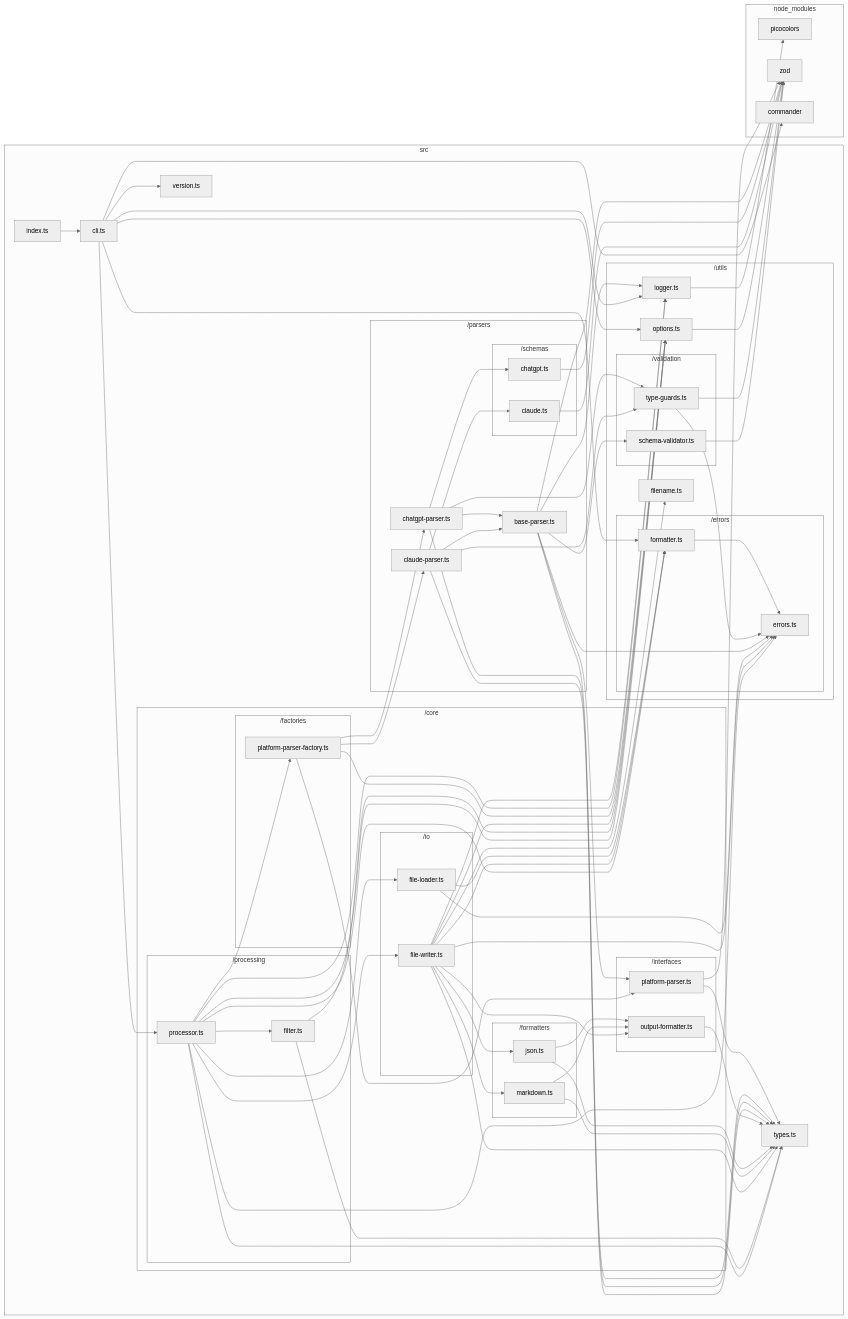
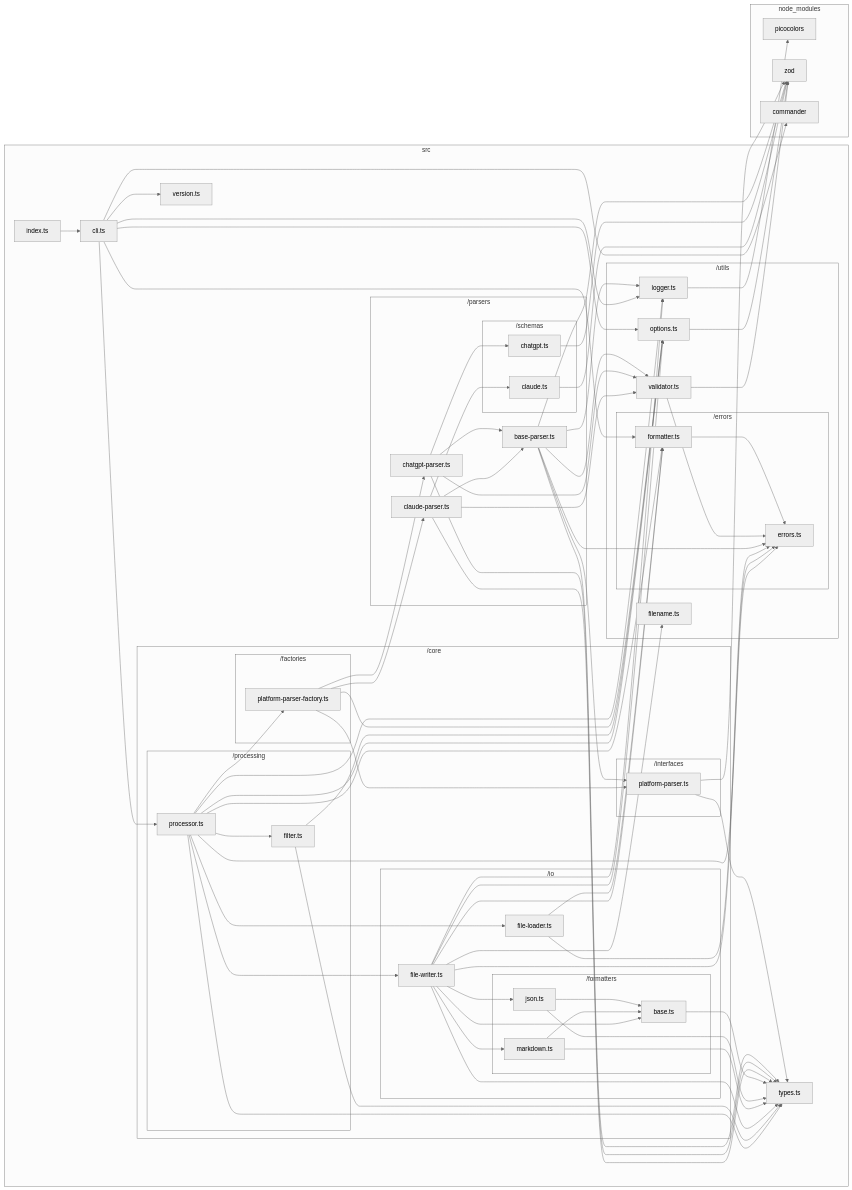
Before and after one commit to sugurutakahashi-1234/ai-chat-md-export: the diagram in docs/dependency-graphs/typescript-graph.md, drawn with Mermaid (neutral theme). The commit also changed 14 other files, not shown here.

First line of the commit message:
refactor: reorganize validation utilities and remove unused type guards

```diff
--- a/docs/dependency-graphs/typescript-graph.md
+++ b/docs/dependency-graphs/typescript-graph.md
@@ -14,20 +14,16 @@
         subgraph src/utils["/utils"]
             src/utils/logger.ts["logger.ts"]
             src/utils/options.ts["options.ts"]
+            src/utils/validator.ts["validator.ts"]
             src/utils/filename.ts["filename.ts"]
             subgraph src/utils/errors["/errors"]
                 src/utils/errors/errors.ts["errors.ts"]
                 src/utils/errors/formatter.ts["formatter.ts"]
             end
-            subgraph src/utils/validation["/validation"]
-                src/utils/validation/type//guards.ts["type-guards.ts"]
-                src/utils/validation/schema//validator.ts["schema-validator.ts"]
-            end
         end
         subgraph src/core["/core"]
             subgraph src/core/interfaces["/interfaces"]
                 src/core/interfaces/platform//parser.ts["platform-parser.ts"]
-                src/core/interfaces/output//formatter.ts["output-formatter.ts"]
             end
             subgraph src/core/factories["/factories"]
                 src/core/factories/platform//parser//factory.ts["platform-parser-factory.ts"]
@@ -35,10 +31,11 @@
             subgraph src/core/io["/io"]
                 src/core/io/file//loader.ts["file-loader.ts"]
                 src/core/io/file//writer.ts["file-writer.ts"]
-            end
-            subgraph src/core/formatters["/formatters"]
-                src/core/formatters/json.ts["json.ts"]
-                src/core/formatters/markdown.ts["markdown.ts"]
+                subgraph src/core/io/formatters["/formatters"]
+                    src/core/io/formatters/base.ts["base.ts"]
+                    src/core/io/formatters/json.ts["json.ts"]
+                    src/core/io/formatters/markdown.ts["markdown.ts"]
+                end
             end
             subgraph src/core/processing["/processing"]
                 src/core/processing/filter.ts["filter.ts"]
@@ -63,25 +60,24 @@
     src/utils/errors/formatter.ts-->src/utils/errors/errors.ts
     src/utils/logger.ts-->node//modules/picocolors/picocolors.d.ts
     src/utils/options.ts-->node//modules/zod/index.d.cts
-    src/utils/validation/type//guards.ts-->node//modules/zod/index.d.cts
-    src/utils/validation/type//guards.ts-->src/utils/errors/errors.ts
+    src/utils/validator.ts-->node//modules/zod/index.d.cts
+    src/utils/validator.ts-->src/utils/errors/errors.ts
     src/core/interfaces/platform//parser.ts-->node//modules/zod/index.d.cts
     src/core/interfaces/platform//parser.ts-->src/types.ts
-    src/utils/validation/schema//validator.ts-->node//modules/zod/index.d.cts
     src/parsers/base//parser.ts-->node//modules/zod/index.d.cts
     src/parsers/base//parser.ts-->src/core/interfaces/platform//parser.ts
     src/parsers/base//parser.ts-->src/types.ts
     src/parsers/base//parser.ts-->src/utils/errors/errors.ts
     src/parsers/base//parser.ts-->src/utils/logger.ts
-    src/parsers/base//parser.ts-->src/utils/validation/schema//validator.ts
+    src/parsers/base//parser.ts-->src/utils/validator.ts
     src/parsers/schemas/chatgpt.ts-->node//modules/zod/index.d.cts
     src/parsers/chatgpt//parser.ts-->src/types.ts
-    src/parsers/chatgpt//parser.ts-->src/utils/validation/type//guards.ts
+    src/parsers/chatgpt//parser.ts-->src/utils/validator.ts
     src/parsers/chatgpt//parser.ts-->src/parsers/base//parser.ts
     src/parsers/chatgpt//parser.ts-->src/parsers/schemas/chatgpt.ts
     src/parsers/schemas/claude.ts-->node//modules/zod/index.d.cts
     src/parsers/claude//parser.ts-->src/types.ts
-    src/parsers/claude//parser.ts-->src/utils/validation/type//guards.ts
+    src/parsers/claude//parser.ts-->src/utils/validator.ts
     src/parsers/claude//parser.ts-->src/parsers/base//parser.ts
     src/parsers/claude//parser.ts-->src/parsers/schemas/claude.ts
     src/core/factories/platform//parser//factory.ts-->src/parsers/chatgpt//parser.ts
@@ -90,20 +86,20 @@
     src/core/factories/platform//parser//factory.ts-->src/core/interfaces/platform//parser.ts
     src/core/io/file//loader.ts-->src/utils/errors/errors.ts
     src/core/io/file//loader.ts-->src/utils/errors/formatter.ts
-    src/core/interfaces/output//formatter.ts-->src/types.ts
-    src/core/formatters/json.ts-->src/types.ts
-    src/core/formatters/json.ts-->src/core/interfaces/output//formatter.ts
-    src/core/formatters/markdown.ts-->src/types.ts
-    src/core/formatters/markdown.ts-->src/core/interfaces/output//formatter.ts
+    src/core/io/formatters/base.ts-->src/types.ts
+    src/core/io/formatters/json.ts-->src/types.ts
+    src/core/io/formatters/json.ts-->src/core/io/formatters/base.ts
+    src/core/io/formatters/markdown.ts-->src/types.ts
+    src/core/io/formatters/markdown.ts-->src/core/io/formatters/base.ts
     src/core/io/file//writer.ts-->src/types.ts
     src/core/io/file//writer.ts-->src/utils/errors/errors.ts
     src/core/io/file//writer.ts-->src/utils/errors/formatter.ts
     src/core/io/file//writer.ts-->src/utils/filename.ts
     src/core/io/file//writer.ts-->src/utils/logger.ts
     src/core/io/file//writer.ts-->src/utils/options.ts
-    src/core/io/file//writer.ts-->src/core/formatters/json.ts
-    src/core/io/file//writer.ts-->src/core/formatters/markdown.ts
-    src/core/io/file//writer.ts-->src/core/interfaces/output//formatter.ts
+    src/core/io/file//writer.ts-->src/core/io/formatters/base.ts
+    src/core/io/file//writer.ts-->src/core/io/formatters/json.ts
+    src/core/io/file//writer.ts-->src/core/io/formatters/markdown.ts
     src/core/processing/filter.ts-->src/types.ts
     src/core/processing/filter.ts-->src/utils/options.ts
     src/core/processing/processor.ts-->src/types.ts
```
